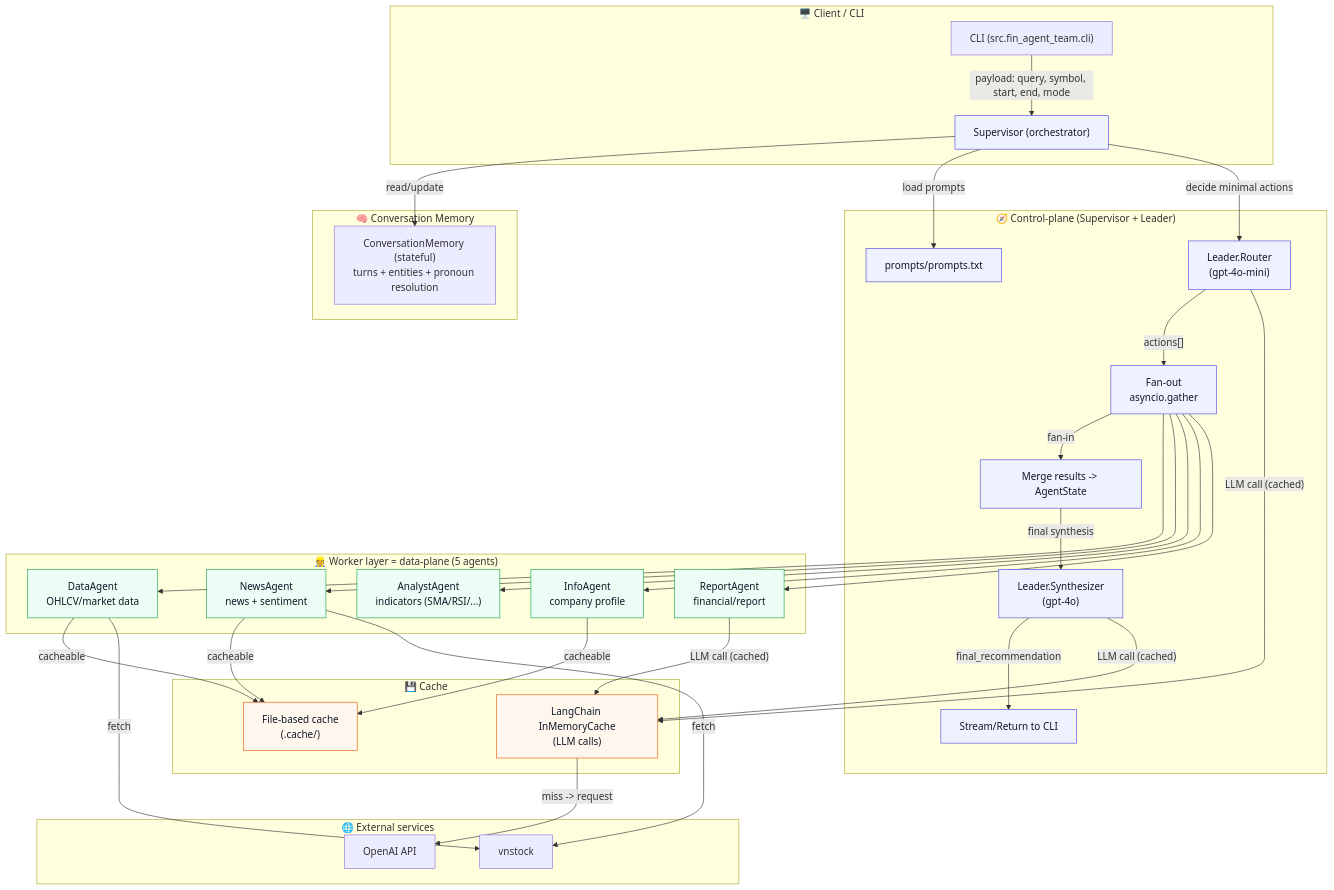
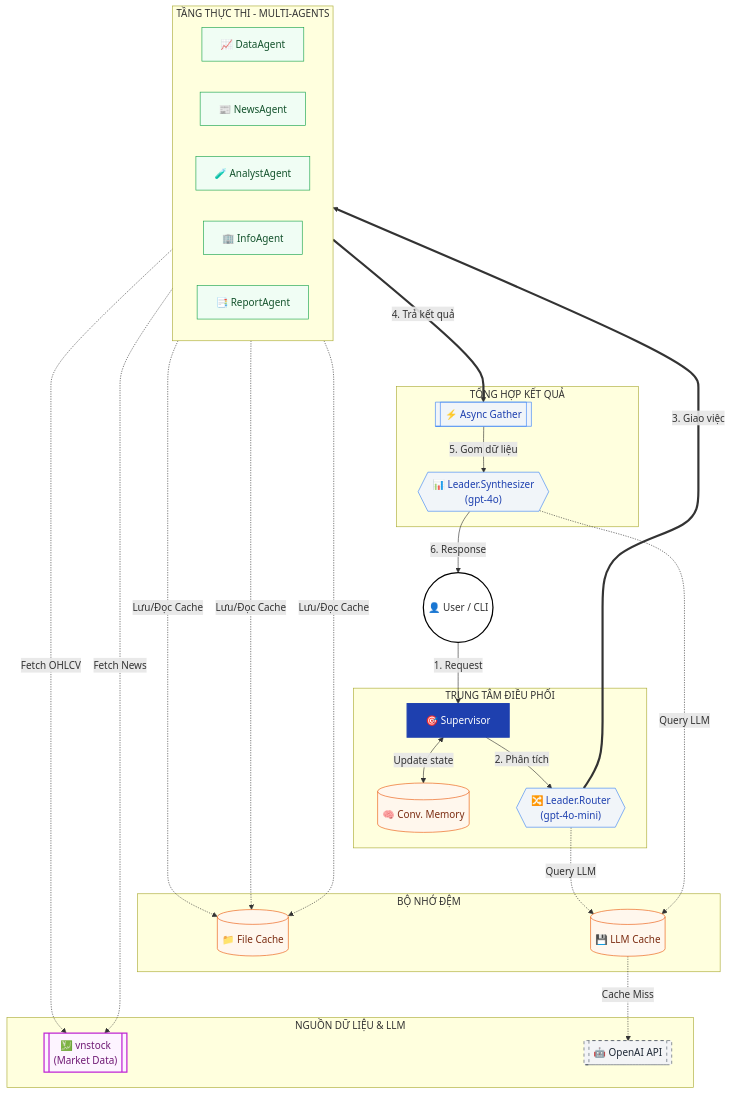
The diagram in README.md (NTTuyen2004/multi-agent), drawn with Mermaid before and after one commit.

Commit message:
Cập nhật nội dung file markdown

````diff
--- a/README.md
+++ b/README.md
@@ -53,64 +53,78 @@
 ```mermaid
 graph TD
-    subgraph Client["🖥️ Client / CLI"]
-        CLI["CLI (src.fin_agent_team.cli)"] -->|"payload: query, symbol, start, end, mode"| SUP["Supervisor (orchestrator)"]
+    %% Định nghĩa bảng màu Enterprise
+    classDef user fill:#ffffff,stroke:#000,stroke-width:2px;
+    classDef supervisor fill:#1e40af,stroke:#1e40af,color:#fff,stroke-width:2px;
+    classDef logic fill:#f1f5f9,stroke:#3b82f6,color:#1e40af,stroke-width:1px;
+    classDef agent fill:#f0fdf4,stroke:#16a34a,color:#14532d,stroke-width:1px;
+    classDef cache fill:#fff7ed,stroke:#ea580c,color:#7c2d12,stroke-width:1px;
+    classDef vnstock fill:#fdf4ff,stroke:#c026d3,color:#701a75,stroke-width:2px;
+    classDef openai fill:#f3f4f6,stroke:#4b5563,color:#1f2937,stroke-dasharray: 5 5;
+
+    %% --- 1. TẦNG GIAO TIẾP ---
+    USER((👤 User / CLI))
+
+    %% --- 2. TẦNG ĐIỀU PHỐI (CONTROL PLANE) ---
+    subgraph ORCHESTRATOR [TRUNG TÂM ĐIỀU PHỐI]
+        SUP["🎯 Supervisor"]
+        MEM[(🧠 Conv. Memory)]
+        ROUTER{{"🔀 Leader.Router<br/>(gpt-4o-mini)"}}
     end
 
-    subgraph Memory["🧠 Conversation Memory"]
-        MEM["ConversationMemory (stateful)\nturns + entities + pronoun resolution"]
+    %% --- 3. TẦNG THỰC THI (DATA PLANE) ---
+    subgraph WORKER_LAYER [TẦNG THỰC THI - MULTI-AGENTS]
+        direction LR
+        A1["📈 DataAgent"]
+        A2["📰 NewsAgent"]
+        A3["🧪 AnalystAgent"]
+        A4["🏢 InfoAgent"]
+        A5["📑 ReportAgent"]
     end
 
-    subgraph Control["🧭 Control-plane (Supervisor + Leader)"]
-        SUP -->|"read/update"| MEM
-        SUP -->|"load prompts"| PROMPTS["prompts/prompts.txt"]
-        SUP -->|"decide minimal actions"| ROUTER["Leader.Router\n(gpt-4o-mini)"]
-        ROUTER -->|"actions[]"| GATHER["Fan-out\nasyncio.gather"]
-        GATHER -->|"fan-in"| MERGE["Merge results -> AgentState"]
-        MERGE -->|"final synthesis"| SYNTH["Leader.Synthesizer\n(gpt-4o)"]
-        SYNTH -->|"final_recommendation"| RESP["Stream/Return to CLI"]
+    %% --- 4. TẦNG TỔNG HỢP ---
+    subgraph FINAL_PROCESS [TỔNG HỢP KẾT QUẢ]
+        GATHER[[⚡ Async Gather]]
+        SYNTH{{"📊 Leader.Synthesizer<br/>(gpt-4o)"}}
     end
 
-    subgraph Workers["👷 Worker layer = data-plane (5 agents)"]
-        DATA["DataAgent\nOHLCV/market data"]
-        NEWS["NewsAgent\nnews + sentiment"]
-        ANALYST["AnalystAgent\nindicators (SMA/RSI/...)" ]
-        INFO["InfoAgent\ncompany profile"]
-        REPORT["ReportAgent\nfinancial/report"]
+    %% --- 5. TẦNG CACHE ---
+    subgraph CACHE_LAYER [BỘ NHỚ ĐỆM]
+        FILE_CACHE[(📁 File Cache)]
+        LLM_CACHE[(💾 LLM Cache)]
     end
 
-    GATHER --> DATA
-    GATHER --> NEWS
-    GATHER --> ANALYST
-    GATHER --> INFO
-    GATHER --> REPORT
-
-    subgraph Cache["💾 Cache"]
-        LLMCache["LangChain InMemoryCache\n(LLM calls)"]
-        FileCache["File-based cache\n(.cache/)"]
+    %% --- 6. TẦNG DỊCH VỤ NGOÀI ---
+    subgraph EXTERNAL [NGUỒN DỮ LIỆU & LLM]
+        VNSTOCK[["💹 vnstock<br/>(Market Data)"]]
+        OPENAI[["🤖 OpenAI API"]]
     end
 
-    ROUTER -->|"LLM call (cached)"| LLMCache
-    SYNTH -->|"LLM call (cached)"| LLMCache
-    REPORT -->|"LLM call (cached)"| LLMCache
+    %% --- LUỒNG ĐIỀU PHỐI CHÍNH ---
+    USER -->|1. Request| SUP
+    SUP <-->|Update state| MEM
+    SUP -->|2. Phân tích| ROUTER
+    ROUTER ==>|3. Giao việc| WORKER_LAYER
+    WORKER_LAYER ==>|4. Trả kết quả| GATHER
+    GATHER -->|5. Gom dữ liệu| SYNTH
+    SYNTH -->|6. Response| USER
 
-    DATA -->|"cacheable"| FileCache
-    NEWS -->|"cacheable"| FileCache
-    INFO -->|"cacheable"| FileCache
+    %% --- LUỒNG LẤY DỮ LIỆU VNSTOCK ---
+    %% Nhấn mạnh việc Data và News agent chủ động gọi vnstock
+    A1 -.->|Fetch OHLCV| VNSTOCK
+    A2 -.->|Fetch News| VNSTOCK
 
-    subgraph External["🌐 External services"]
-        OpenAI["OpenAI API"]
-        VNStock["vnstock"]
-    end
+    %% --- LUỒNG CACHE & LLM ---
+    ROUTER & SYNTH -.->|Query LLM| LLM_CACHE
+    LLM_CACHE -.->|Cache Miss| OPENAI
 
-    LLMCache -->|"miss -> request"| OpenAI
-    DATA -->|"fetch"| VNStock
-    NEWS -->|"fetch"| VNStock
+    A1 & A2 & A4 -.->|Lưu/Đọc Cache| FILE_CACHE
 
-    classDef control fill:#eef2ff,stroke:#4f46e5,color:#111827;
-    classDef worker fill:#ecfdf5,stroke:#16a34a,color:#111827;
-    classDef cache fill:#fff7ed,stroke:#ea580c,color:#111827;
-
-    class SUP,PROMPTS,ROUTER,GATHER,MERGE,SYNTH,RESP control;
-    class DATA,NEWS,ANALYST,INFO,REPORT worker;
-    class LLMCache,FileCache cache;
+    %% Áp dụng Style
+    class USER user;
+    class SUP supervisor;
+    class ROUTER,SYNTH,GATHER logic;
+    class A1,A2,A3,A4,A5 agent;
+    class MEM,FILE_CACHE,LLM_CACHE cache;
+    class VNSTOCK vnstock;
+    class OPENAI openai;
 ```
````
